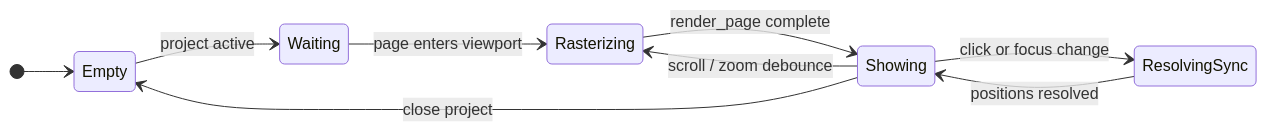
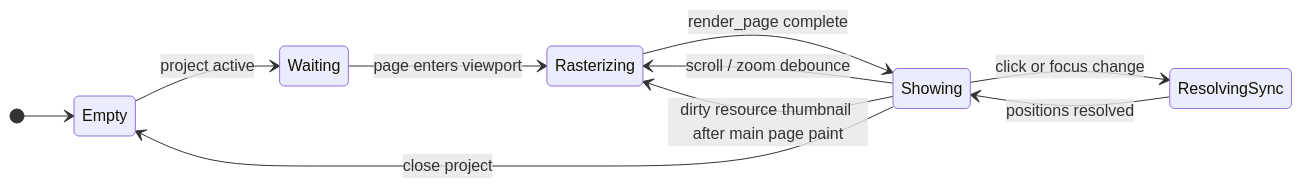
The fourth of 5 diagrams in context/state-diagrams.md (andmoreduro/ergo), drawn with Mermaid before and after one commit. The commit also changed other lines of this file and 16 other files, not shown here.

````diff
--- a/context/state-diagrams.md
+++ b/context/state-diagrams.md
@@ -73,13 +73,14 @@
 ```mermaid
 stateDiagram-v2
     direction LR
 
     [*] --> Empty
     Empty --> Waiting : project active
     Waiting --> Rasterizing : page enters viewport
     Rasterizing --> Showing : render_page complete
     Showing --> Rasterizing : scroll / zoom debounce
+    Showing --> Rasterizing : dirty resource thumbnail after main page paint
     Showing --> ResolvingSync : click or focus change
     ResolvingSync --> Showing : positions resolved
     Showing --> Empty : close project
 ```
````
